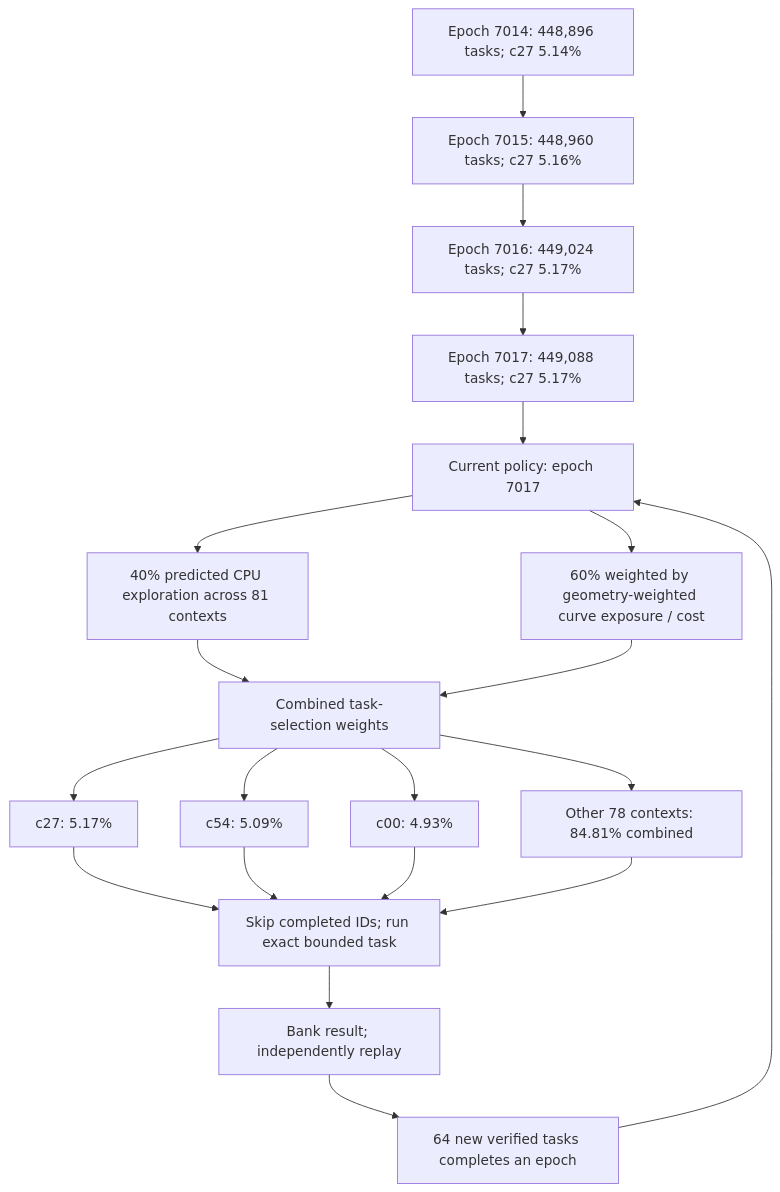
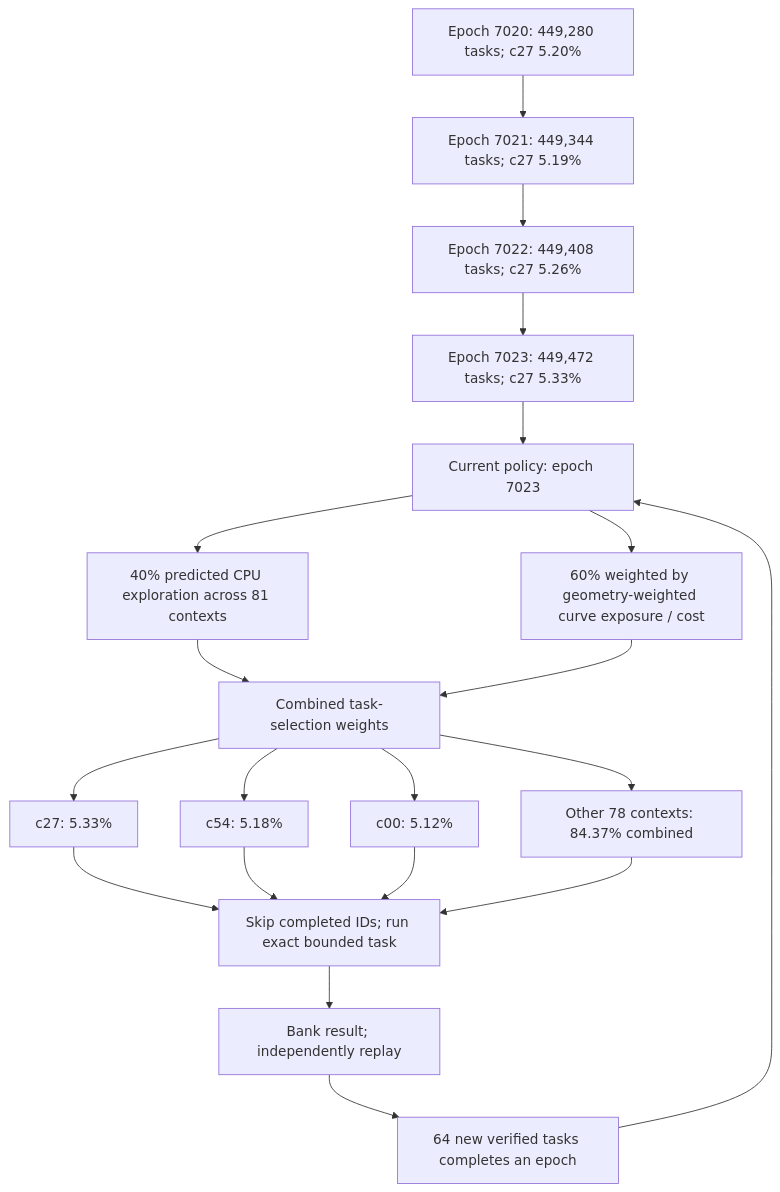
The first of 4 diagrams in README.md (Kuberwastaken/math-gambling), drawn with Mermaid before and after one commit. The commit also changed other lines of this file and 1417 other files, not shown here.

````diff
--- a/README.md
+++ b/README.md
@@ -60,27 +60,27 @@
 ```mermaid
 flowchart TD
-    H0["Epoch 7014: 448,896 tasks; c27 5.14%"]
-    H1["Epoch 7015: 448,960 tasks; c27 5.16%"]
+    H0["Epoch 7020: 449,280 tasks; c27 5.20%"]
+    H1["Epoch 7021: 449,344 tasks; c27 5.19%"]
     H0 --> H1
-    H2["Epoch 7016: 449,024 tasks; c27 5.17%"]
+    H2["Epoch 7022: 449,408 tasks; c27 5.26%"]
     H1 --> H2
-    H3["Epoch 7017: 449,088 tasks; c27 5.17%"]
+    H3["Epoch 7023: 449,472 tasks; c27 5.33%"]
     H2 --> H3
-    Policy["Current policy: epoch 7017"]
+    Policy["Current policy: epoch 7023"]
     H3 --> Policy
     Policy --> Explore["40% predicted CPU exploration across 81 contexts"]
     Policy --> Cost["60% weighted by geometry-weighted curve exposure / cost"]
     Explore --> Mix["Combined task-selection weights"]
     Cost --> Mix
-    Mix --> C0["c27: 5.17%"]
-    Mix --> C1["c54: 5.09%"]
-    Mix --> C2["c00: 4.93%"]
-    Mix --> Rest["Other 78 contexts: 84.81% combined"]
+    Mix --> C0["c27: 5.33%"]
+    Mix --> C1["c54: 5.18%"]
+    Mix --> C2["c00: 5.12%"]
+    Mix --> Rest["Other 78 contexts: 84.37% combined"]
     C0 --> Check["Skip completed IDs; run exact bounded task"]
     C1 --> Check
     C2 --> Check
     Rest --> Check
     Check --> Replay["Bank result; independently replay"]
     Replay --> Gate["64 new verified tasks completes an epoch"]
     Gate --> Policy
 ```
````
